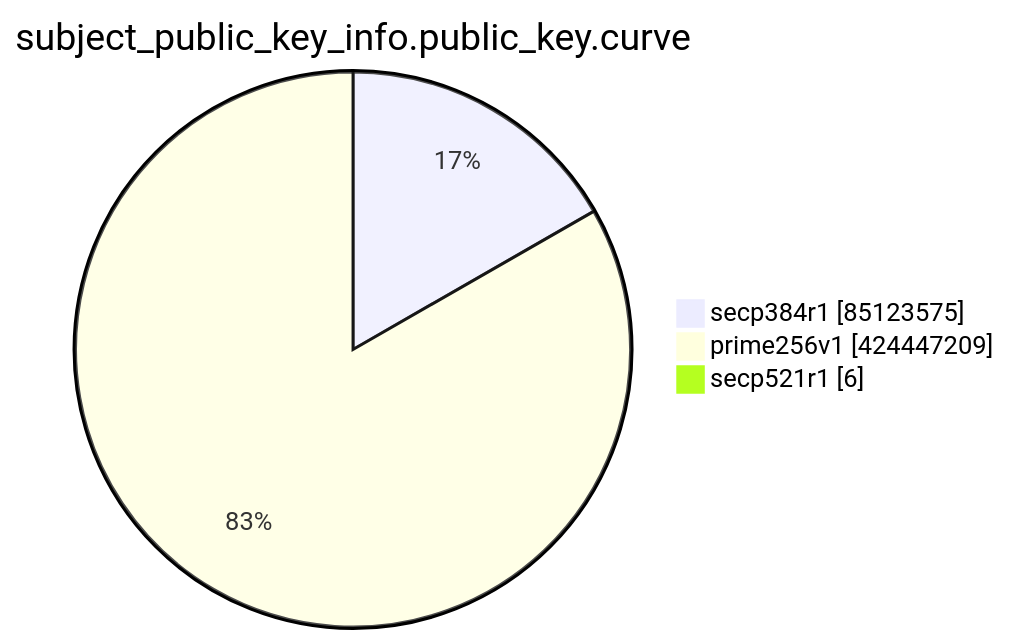
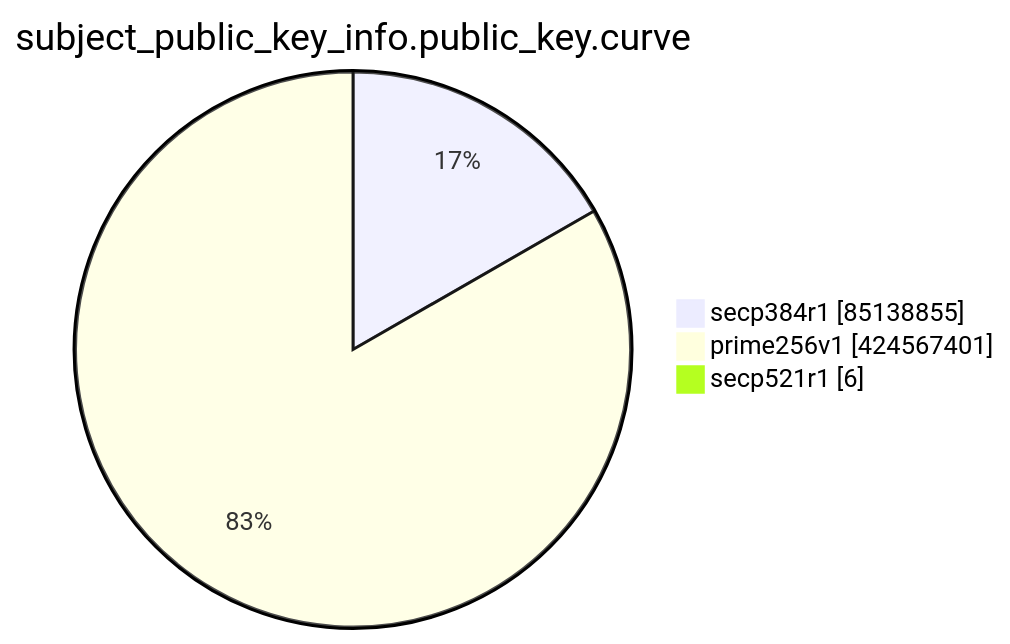
One commit to christiankrug/ctmonitor_visualization changed the eighth of 15 diagrams in TOTAL/README.md. Above: the diagram before and after it, drawn with Mermaid. The commit also changed other lines of this file, not shown here.

````diff
--- a/TOTAL/README.md
+++ b/TOTAL/README.md
@@ -3100,7 +3100,7 @@
 ```mermaid
 pie showData
 title subject_public_key_info.public_key.curve
-"secp384r1" :85123575
-"prime256v1" :424447209
+"secp384r1" :85138855
+"prime256v1" :424567401
 "secp521r1" :6
 ```
````
